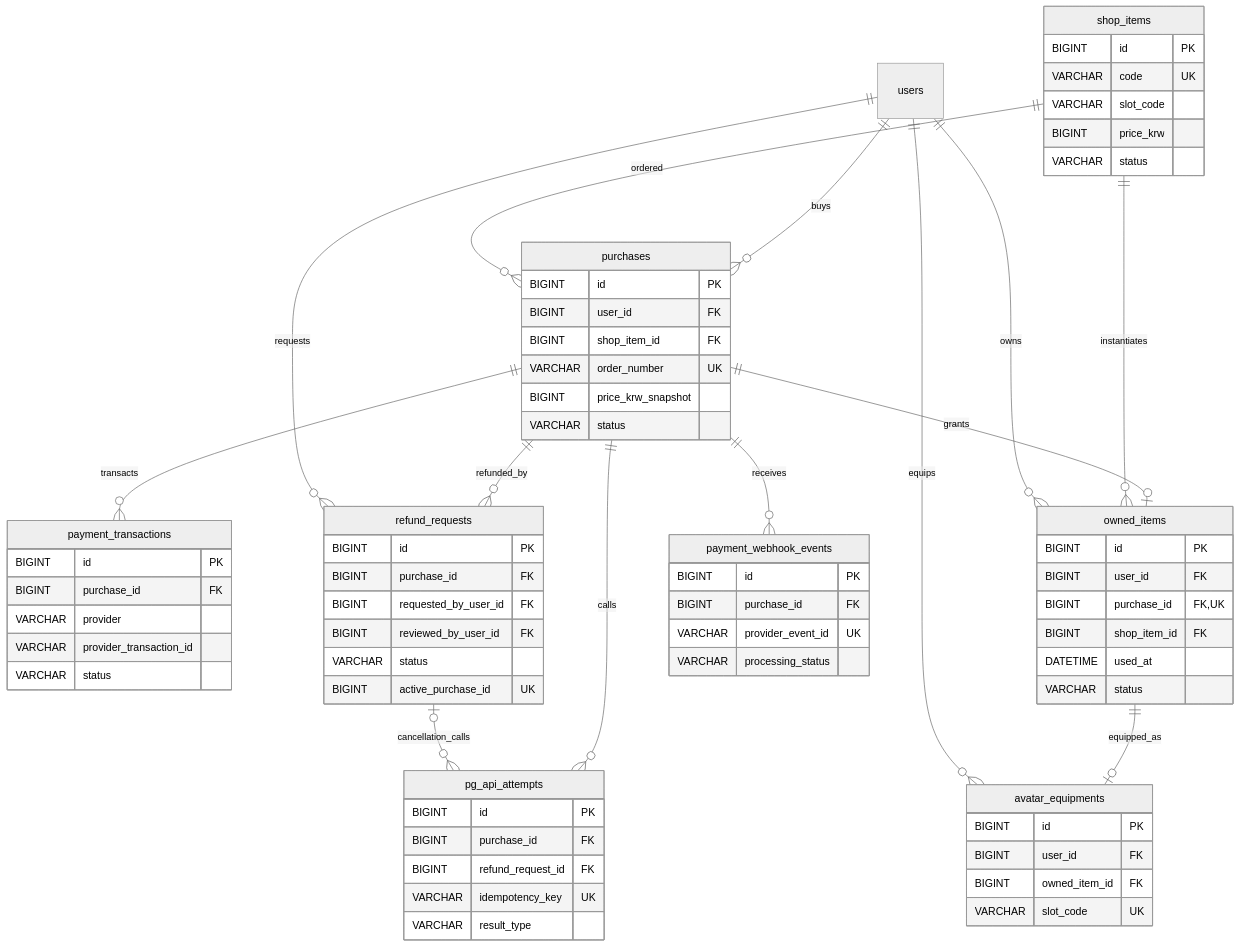
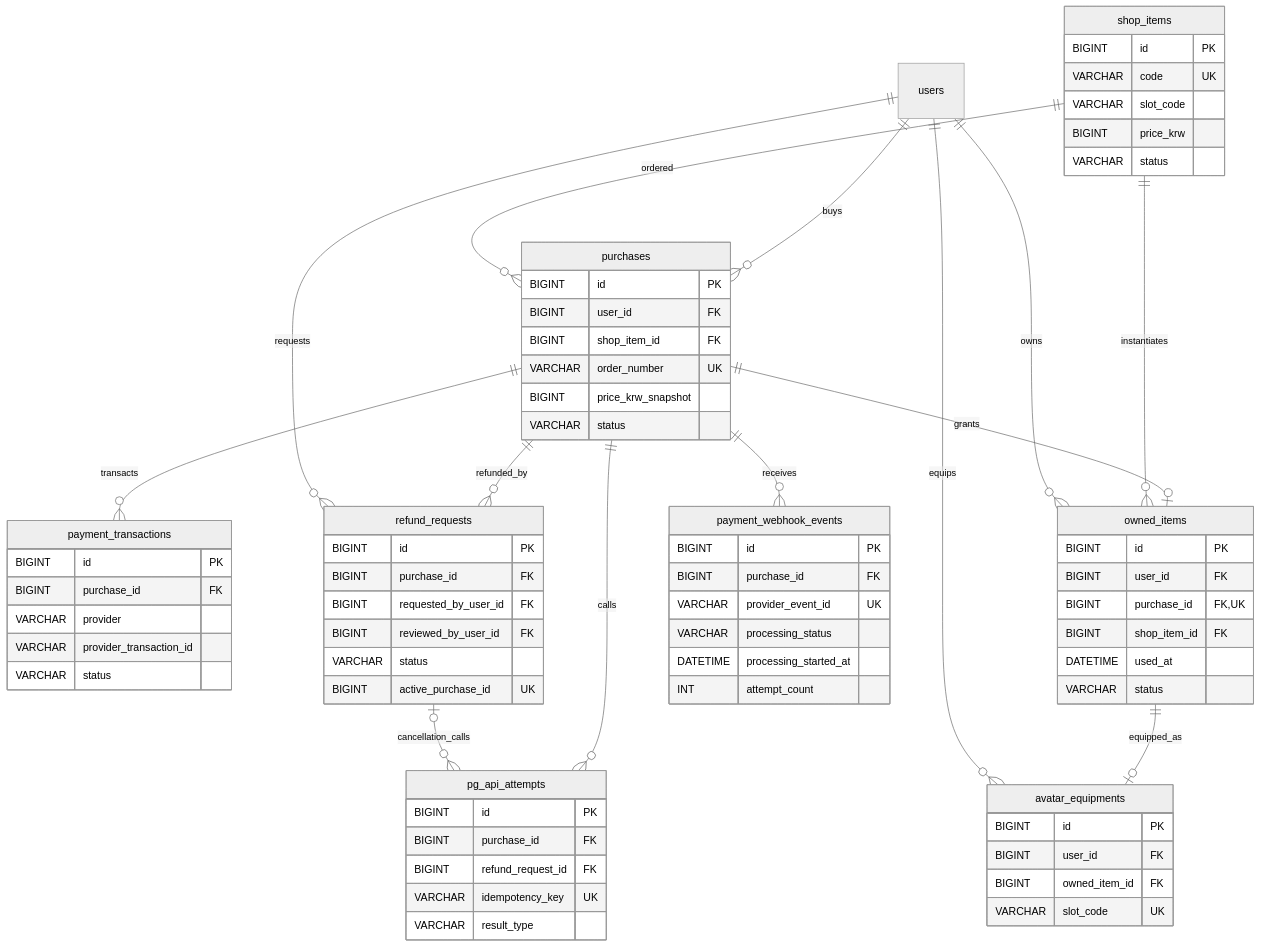
Before and after one commit to heebaek200/shared-creature-game: the fourth of 5 diagrams in docs/database-design.md, drawn with Mermaid (neutral theme). The commit also changed other lines of this file and 11 other files, not shown here.

````diff
--- a/docs/database-design.md
+++ b/docs/database-design.md
@@ -351,74 +356,76 @@
 ```mermaid
 erDiagram
     shop_items {
         BIGINT id PK
         VARCHAR code UK
         VARCHAR slot_code
         BIGINT price_krw
         VARCHAR status
     }
     purchases {
         BIGINT id PK
         BIGINT user_id FK
         BIGINT shop_item_id FK
         VARCHAR order_number UK
         BIGINT price_krw_snapshot
         VARCHAR status
     }
     payment_transactions {
         BIGINT id PK
         BIGINT purchase_id FK
         VARCHAR provider
         VARCHAR provider_transaction_id
         VARCHAR status
     }
     owned_items {
         BIGINT id PK
         BIGINT user_id FK
         BIGINT purchase_id FK, UK
         BIGINT shop_item_id FK
         DATETIME used_at
         VARCHAR status
     }
     avatar_equipments {
         BIGINT id PK
         BIGINT user_id FK
         BIGINT owned_item_id FK
         VARCHAR slot_code UK
     }
     refund_requests {
         BIGINT id PK
         BIGINT purchase_id FK
         BIGINT requested_by_user_id FK
         BIGINT reviewed_by_user_id FK
         VARCHAR status
         BIGINT active_purchase_id UK
     }
     pg_api_attempts {
         BIGINT id PK
         BIGINT purchase_id FK
         BIGINT refund_request_id FK
         VARCHAR idempotency_key UK
         VARCHAR result_type
     }
     payment_webhook_events {
         BIGINT id PK
         BIGINT purchase_id FK
         VARCHAR provider_event_id UK
         VARCHAR processing_status
+        DATETIME processing_started_at
+        INT attempt_count
     }
 
     users ||--o{ purchases : buys
     shop_items ||--o{ purchases : ordered
     purchases ||--o{ payment_transactions : transacts
     purchases ||--o| owned_items : grants
     shop_items ||--o{ owned_items : instantiates
     users ||--o{ owned_items : owns
     owned_items ||--o| avatar_equipments : equipped_as
     users ||--o{ avatar_equipments : equips
     purchases ||--o{ refund_requests : refunded_by
     users ||--o{ refund_requests : requests
     purchases ||--o{ pg_api_attempts : calls
     refund_requests o|--o{ pg_api_attempts : cancellation_calls
     purchases ||--o{ payment_webhook_events : receives
 ```
````
